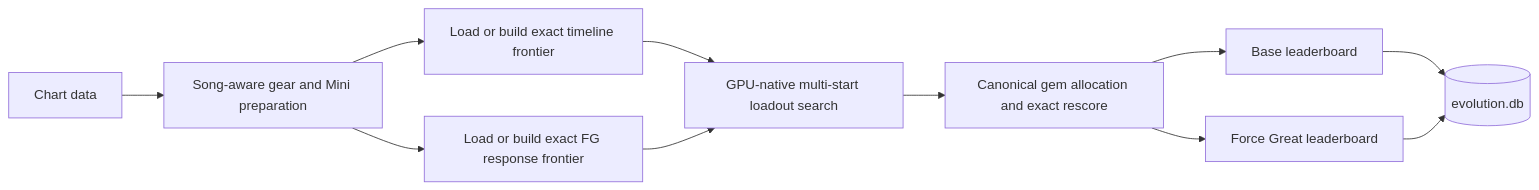
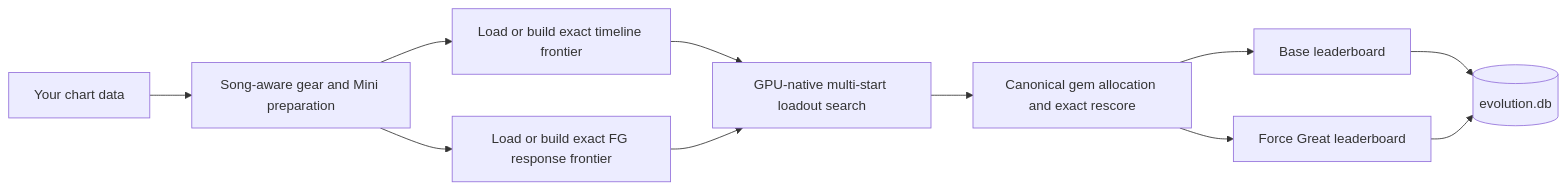
Before and after one commit to TheBaconactor/RoBeats-Calculator-Engine: the first of 2 diagrams in README.md, drawn with Mermaid. The commit also changed other lines of this file and 2264 other files, not shown here.

First line of the commit message:
Prepare OSS-ready layout without publishing chart data.

````diff
--- a/README.md
+++ b/README.md
@@ -43,13 +41,13 @@
 ```mermaid
 flowchart LR
-    A[Chart data] --> B[Song-aware gear and Mini preparation]
+    A[Your chart data] --> B[Song-aware gear and Mini preparation]
     B --> C[Load or build exact timeline frontier]
     B --> D[Load or build exact FG response frontier]
     C --> E[GPU-native multi-start loadout search]
     D --> E
     E --> F[Canonical gem allocation and exact rescore]
     F --> G[Base leaderboard]
     F --> H[Force Great leaderboard]
     G --> I[(evolution.db)]
     H --> I
 ```
````
